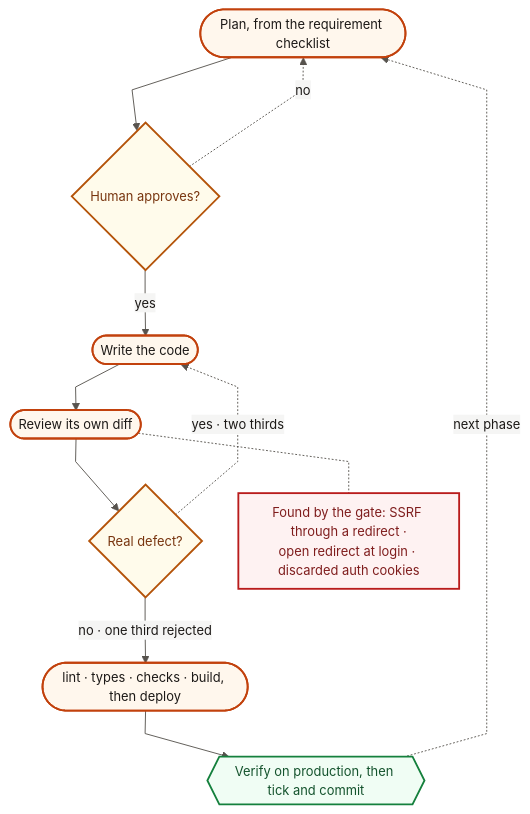
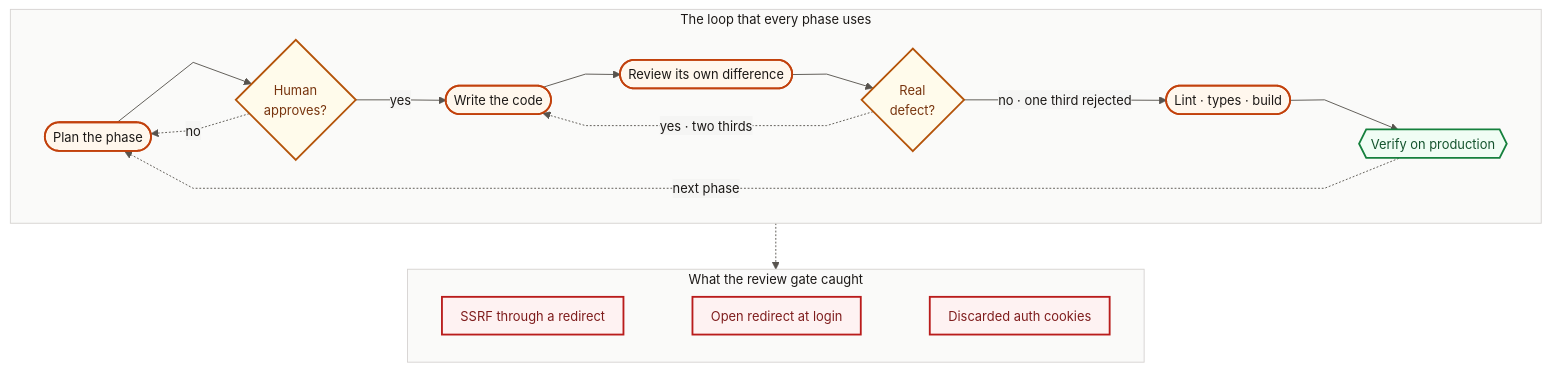
One commit to Rounak7721/ReForge changed the first of 5 diagrams in docs/01-ai-development-process.md. Above: the diagram before and after it, drawn with Mermaid. The commit also changed 15 other files, not shown here.

````diff
--- a/docs/01-ai-development-process.md
+++ b/docs/01-ai-development-process.md
@@ -15,32 +15,32 @@
 ```mermaid
 %%{init: {'theme':'base','themeVariables':{'fontFamily':'ui-sans-serif, system-ui, -apple-system, sans-serif','fontSize':'14px','textColor':'#1c1917','primaryTextColor':'#1c1917','secondaryTextColor':'#1c1917','tertiaryTextColor':'#1c1917','nodeTextColor':'#1c1917','titleColor':'#1c1917','lineColor':'#57534e','mainBkg':'#ffffff','nodeBorder':'#57534e','background':'#ffffff','clusterBkg':'#fafaf9','clusterBorder':'#d6d3d1','edgeLabelBackground':'#f5f5f4','primaryColor':'#ffffff','primaryBorderColor':'#57534e','secondaryColor':'#fafaf9','tertiaryColor':'#f5f5f4'},'flowchart':{'curve':'linear','nodeSpacing':40,'rankSpacing':50,'padding':10,'htmlLabels':true}}}%%
 flowchart TB
-    B(["Plan, from the requirement checklist"])
-    C{"Human approves?"}
-    D(["Write the code"])
-    E(["Review its own diff"])
-    F{"Real defect?"}
-    G(["lint · types · checks · build, then deploy"])
-    I{{"Verify on production, then tick and commit"}}
-    FOUND["Found by the gate: SSRF through a redirect ·<br/>open redirect at login · discarded auth cookies"]
+    subgraph LOOP["The loop that every phase uses"]
+        direction LR
+        B(["Plan the phase"]) --> C{"Human<br/>approves?"}
+        C -->|"yes"| D(["Write the code"])
+        D --> E(["Review its own difference"])
+        E --> F{"Real<br/>defect?"}
+        F -->|"no · one third rejected"| G(["Lint · types · build"])
+        G --> I{{"Verify on production"}}
+        C -.->|"no"| B
+        F -.->|"yes · two thirds"| D
+        I -.->|"next phase"| B
+    end
 
-    B --> C
-    C -.->|"no"| B
-    C -->|"yes"| D
-    D --> E
-    E --> F
-    F -.->|"yes · two thirds"| D
-    F -->|"no · one third rejected"| G
-    G --> I
-    I -.->|"next phase"| B
-    E -.- FOUND
+    subgraph FOUND["What the review gate caught"]
+        direction LR
+        X1["SSRF through a redirect"] ~~~ X2["Open redirect at login"] ~~~ X3["Discarded auth cookies"]
+    end
+
+    LOOP -.-> FOUND
 
     classDef core fill:#fff7ed,stroke:#c2410c,stroke-width:2px,color:#1c1917
     classDef gate fill:#fffbeb,stroke:#b45309,stroke-width:2px,color:#78350f
     classDef good fill:#f0fdf4,stroke:#15803d,stroke-width:2px,color:#14532d
     classDef bad fill:#fef2f2,stroke:#b91c1c,stroke-width:2px,color:#7f1d1d
     class B,D,E,G core
     class C,F gate
     class I good
-    class FOUND bad
+    class X1,X2,X3 bad
 ```
````
